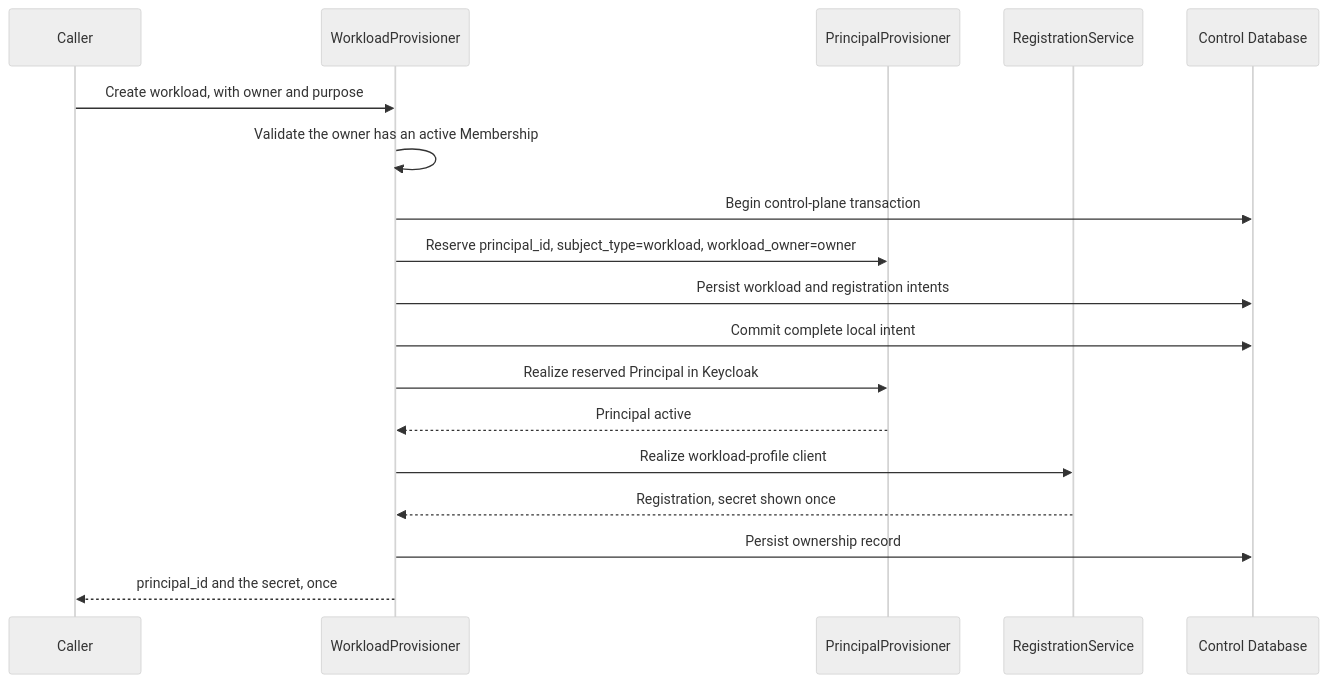
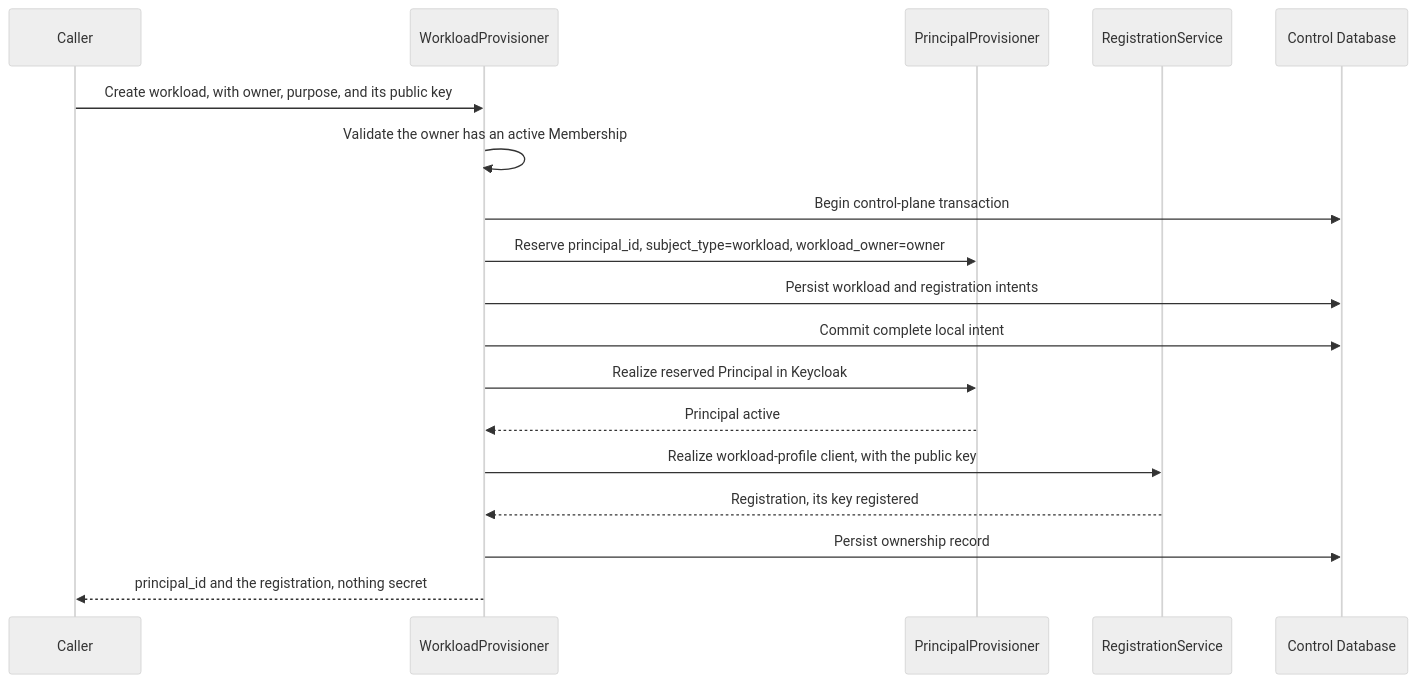
Before and after one commit to anshacerbia2/identity-control: the diagram in docs/designs/TDD-identity-control-004-workload-and-agent-identity.md, drawn with Mermaid (neutral theme). The commit also changed other lines of this file and 4 other files, not shown here.

````diff
--- a/docs/designs/TDD-identity-control-004-workload-and-agent-identity.md
+++ b/docs/designs/TDD-identity-control-004-workload-and-agent-identity.md
@@ -90,21 +90,21 @@
 ```mermaid
 sequenceDiagram
     participant C as Caller
     participant W as WorkloadProvisioner
     participant P as PrincipalProvisioner
     participant R as RegistrationService
     participant D as Control Database
 
-    C->>W: Create workload, with owner and purpose
+    C->>W: Create workload, with owner, purpose, and its public key
     W->>W: Validate the owner has an active Membership
     W->>D: Begin control-plane transaction
     W->>P: Reserve principal_id, subject_type=workload, workload_owner=owner
     W->>D: Persist workload and registration intents
     W->>D: Commit complete local intent
     W->>P: Realize reserved Principal in Keycloak
     P-->>W: Principal active
-    W->>R: Realize workload-profile client
-    R-->>W: Registration, secret shown once
+    W->>R: Realize workload-profile client, with the public key
+    R-->>W: Registration, its key registered
     W->>D: Persist ownership record
-    W-->>C: principal_id and the secret, once
+    W-->>C: principal_id and the registration, nothing secret
 ```
````
